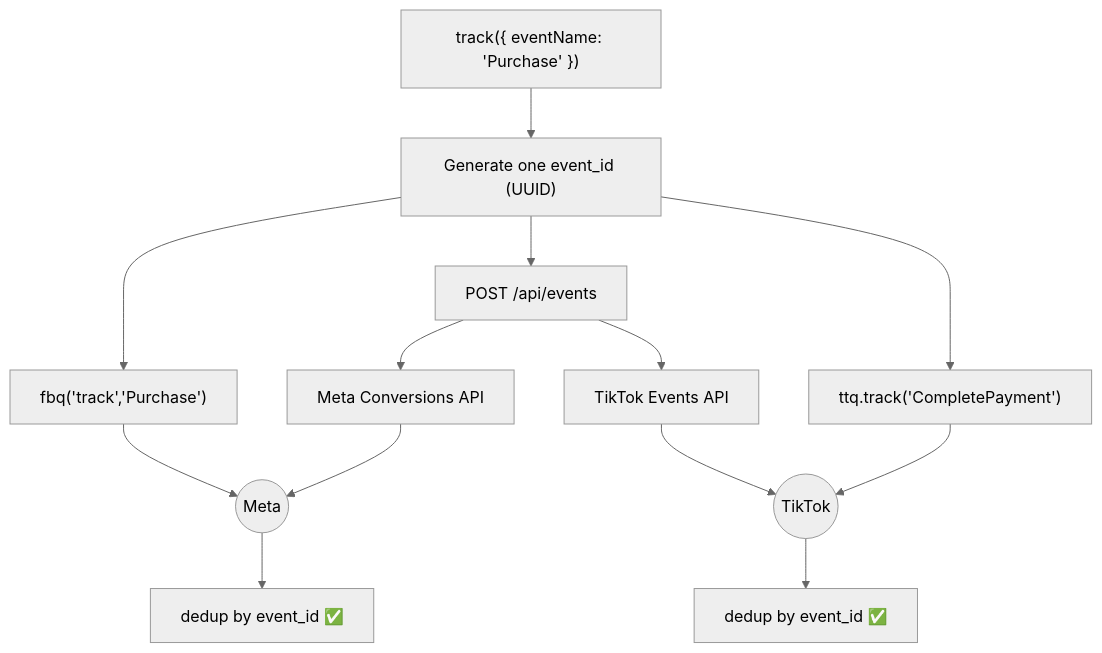
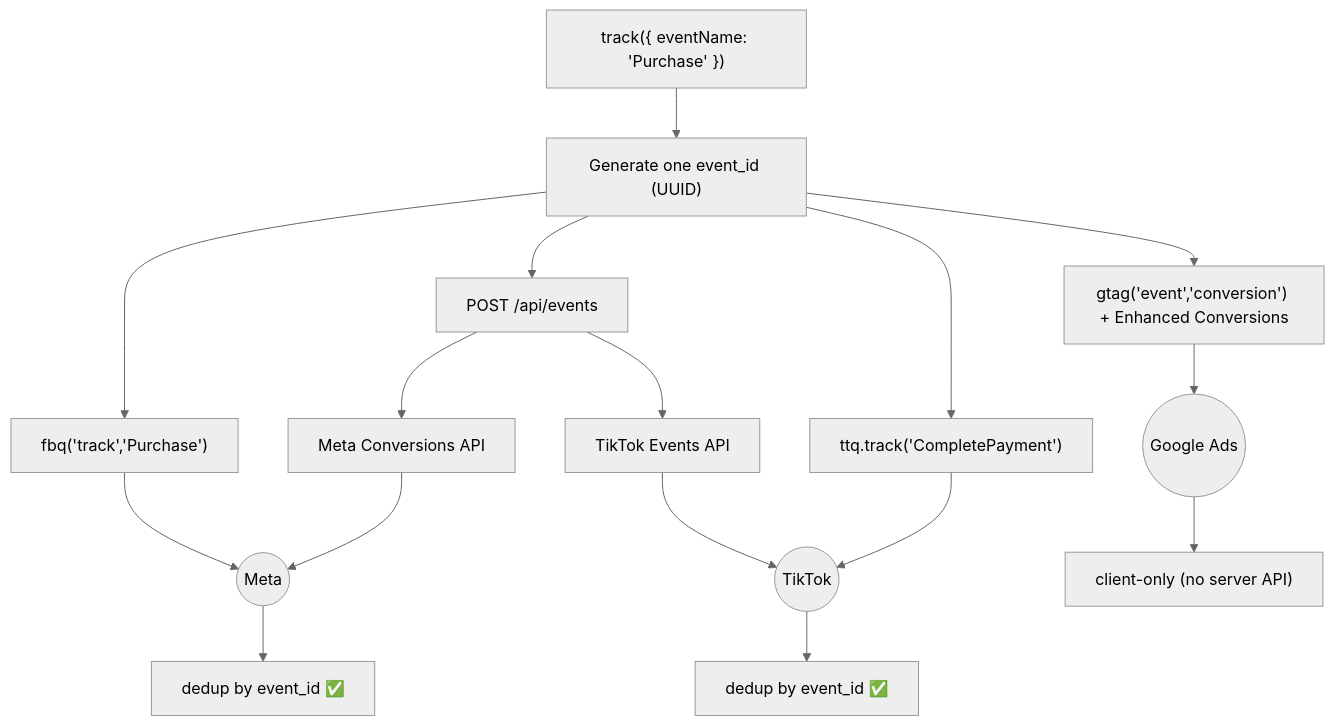
Before and after one commit to oliver-virt/next-pixels: the second of 2 diagrams in README.md, drawn with Mermaid (neutral theme). The commit also changed other lines of this file and 31 other files, not shown here.

First line of the commit message:
feat: add Google Ads as a client-only provider

````diff
--- a/README.md
+++ b/README.md
@@ -161,18 +165,21 @@
 ```mermaid
 flowchart TD
     T["track({ eventName: 'Purchase' })"] --> ID["Generate one event_id (UUID)"]
 
     ID --> FBC["fbq('track','Purchase')"]
     ID --> POST["POST /api/events"]
     POST --> FBS["Meta Conversions API"]
     POST --> TTS["TikTok Events API"]
     ID --> TTC["ttq.track('CompletePayment')"]
+    ID --> GAC["gtag('event','conversion') + Enhanced Conversions"]
 
     FBC --> FB(("Meta"))
     FBS --> FB
     TTS --> TT(("TikTok"))
     TTC --> TT
+    GAC --> GA(("Google Ads"))
 
     FB --> FBD["dedup by event_id ✅"]
     TT --> TTD["dedup by event_id ✅"]
+    GA --> GAD["client-only (no server API)"]
 ```
````
